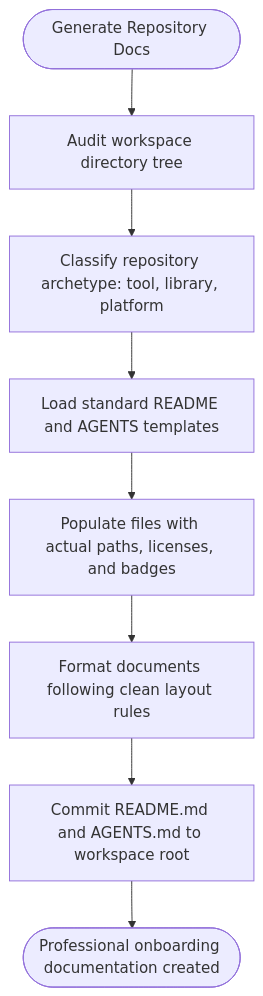
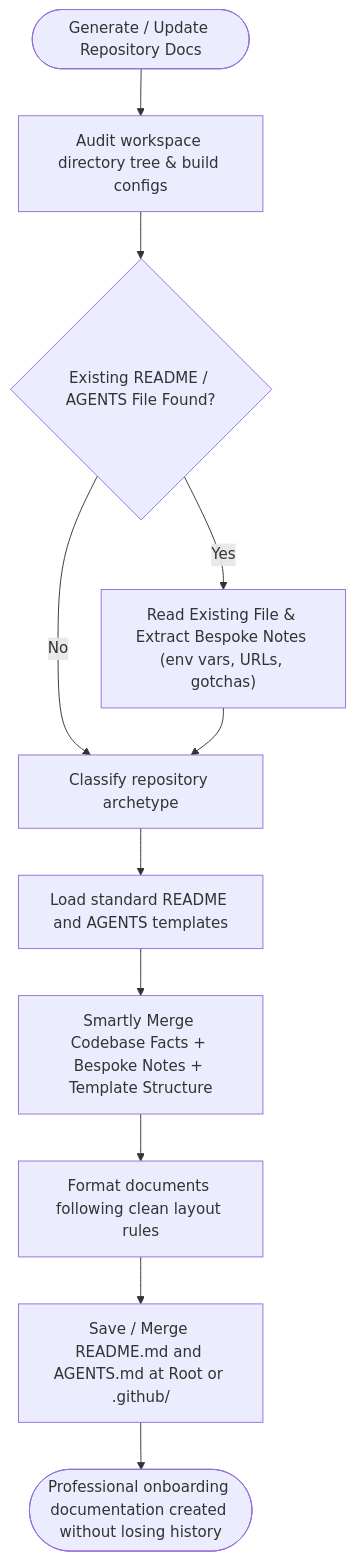
One commit to dyphn1/Harness-everything changed the first of 3 diagrams in docs/workflows/repo-docs.md. Above: the diagram before and after it, drawn with Mermaid. The commit also changed 54 other files, not shown here.

````diff
--- a/docs/workflows/repo-docs.md
+++ b/docs/workflows/repo-docs.md
@@ -11,10 +11,15 @@
 ```mermaid
 graph TD
-  Start([Generate Repository Docs]) --> AuditProjectStructure["Audit workspace directory tree"]
-  AuditProjectStructure --> ClassifyProductArchetype["Classify repository archetype: tool, library, platform"]
+  Start([Generate / Update Repository Docs]) --> AuditProjectStructure["Audit workspace directory tree & build configs"]
+  AuditProjectStructure --> CheckExisting{Existing README / AGENTS File Found?}
+  
+  CheckExisting -->|Yes| ReadOld["Read Existing File & Extract Bespoke Notes (env vars, URLs, gotchas)"]
+  CheckExisting -->|No| ClassifyProductArchetype["Classify repository archetype"]
+  
+  ReadOld --> ClassifyProductArchetype
   ClassifyProductArchetype --> LoadTemplates["Load standard README and AGENTS templates"]
-  LoadTemplates --> InjectCustomStructure["Populate files with actual paths, licenses, and badges"]
-  InjectCustomStructure --> FormatMarkdown["Format documents following clean layout rules"]
-  FormatMarkdown --> WriteFiles["Commit README.md and AGENTS.md to workspace root"]
-  WriteFiles --> End([Professional onboarding documentation created])
+  LoadTemplates --> SmartMerge["Smartly Merge Codebase Facts + Bespoke Notes + Template Structure"]
+  SmartMerge --> FormatMarkdown["Format documents following clean layout rules"]
+  FormatMarkdown --> WriteFiles["Save / Merge README.md and AGENTS.md at Root or .github/"]
+  WriteFiles --> End([Professional onboarding documentation created without losing history])
 ```
````
